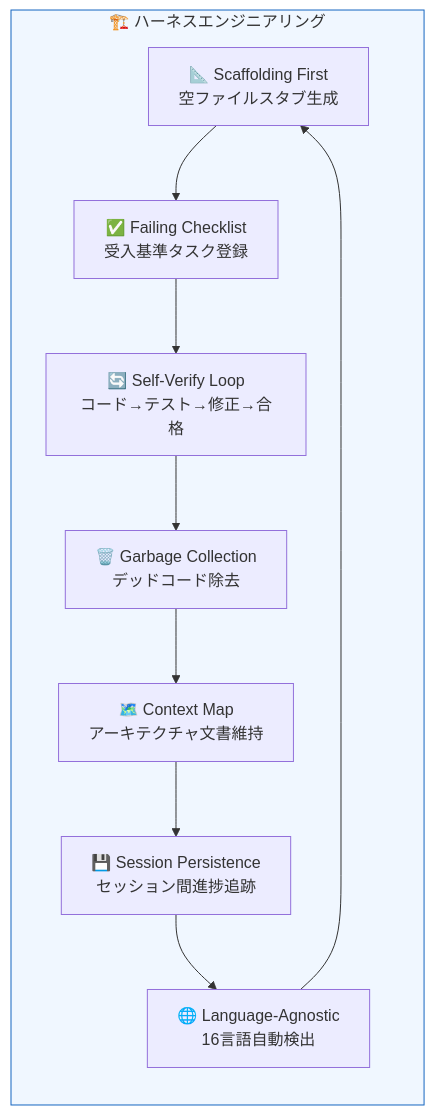
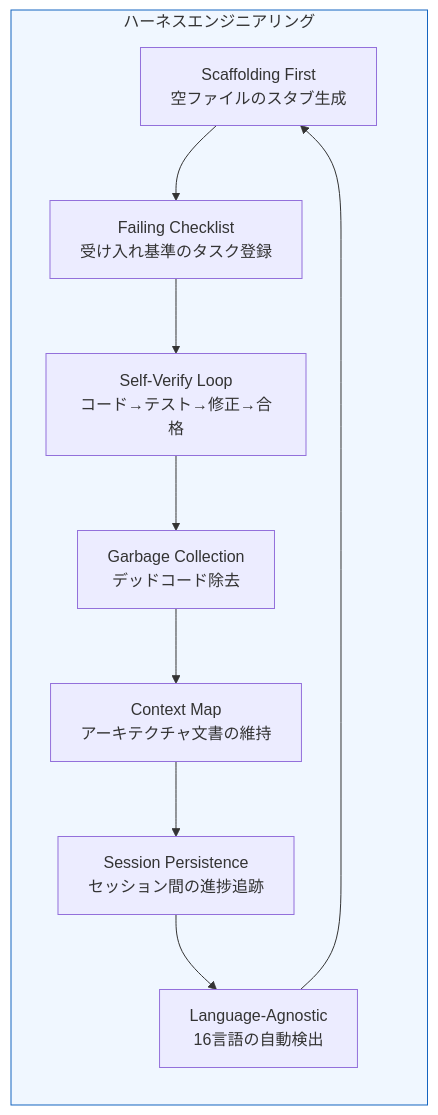
The first of 2 diagrams in docs-site/content/ja/core-concepts/harness-engineering.md (modu-ai/moai-adk), drawn with Mermaid before and after one commit. The commit also changed other lines of this file and 395 other files, not shown here.

````diff
--- a/docs-site/content/ja/core-concepts/harness-engineering.md
+++ b/docs-site/content/ja/core-concepts/harness-engineering.md
@@ -20,15 +33,15 @@
 ```mermaid
 graph TB
-    subgraph Harness["🏗️ ハーネスエンジニアリング"]
+    subgraph Harness["ハーネスエンジニアリング"]
         direction TB
-        SF["📐 Scaffolding First<br/>空ファイルスタブ生成"] --> FC["✅ Failing Checklist<br/>受入基準タスク登録"]
-        FC --> SV["🔄 Self-Verify Loop<br/>コード→テスト→修正→合格"]
-        SV --> GC["🗑️ Garbage Collection<br/>デッドコード除去"]
-        GC --> CM["🗺️ Context Map<br/>アーキテクチャ文書維持"]
-        CM --> SP["💾 Session Persistence<br/>セッション間進捗追跡"]
-        SP --> LA["🌐 Language-Agnostic<br/>16言語自動検出"]
+        SF["Scaffolding First<br/>空ファイルのスタブ生成"] --> FC["Failing Checklist<br/>受け入れ基準のタスク登録"]
+        FC --> SV["Self-Verify Loop<br/>コード→テスト→修正→合格"]
+        SV --> GC["Garbage Collection<br/>デッドコード除去"]
+        GC --> CM["Context Map<br/>アーキテクチャ文書の維持"]
+        CM --> SP["Session Persistence<br/>セッション間の進捗追跡"]
+        SP --> LA["Language-Agnostic<br/>16言語の自動検出"]
         LA --> SF
     end
 
     style Harness fill:#f0f7ff,stroke:#1565C0
 ```
````
